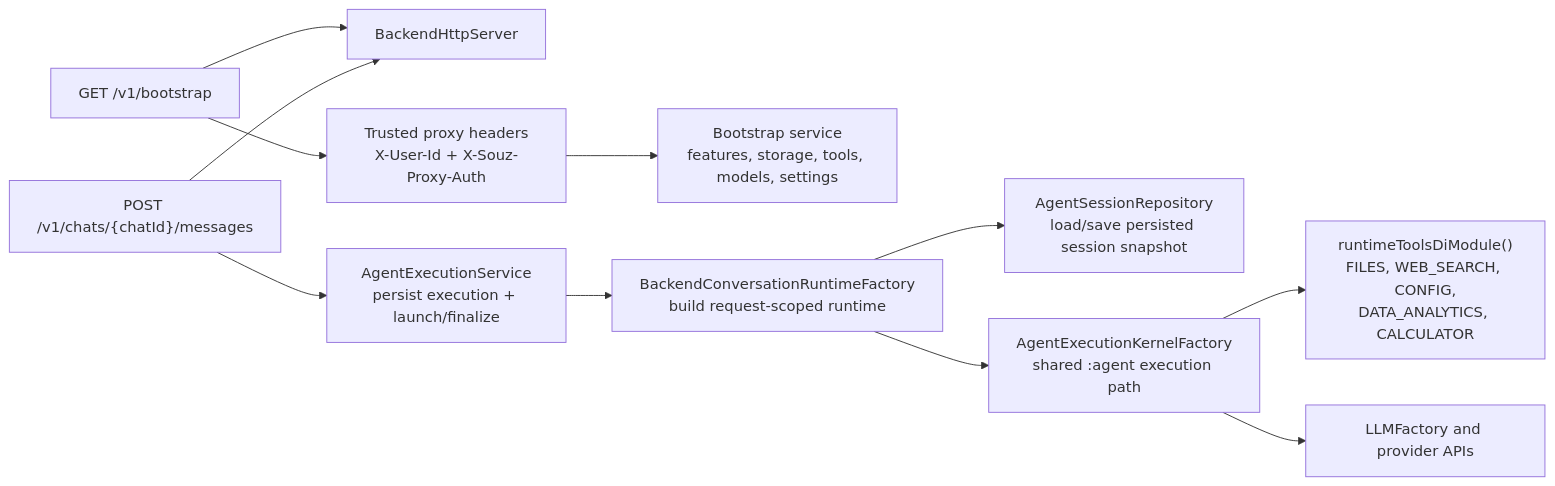
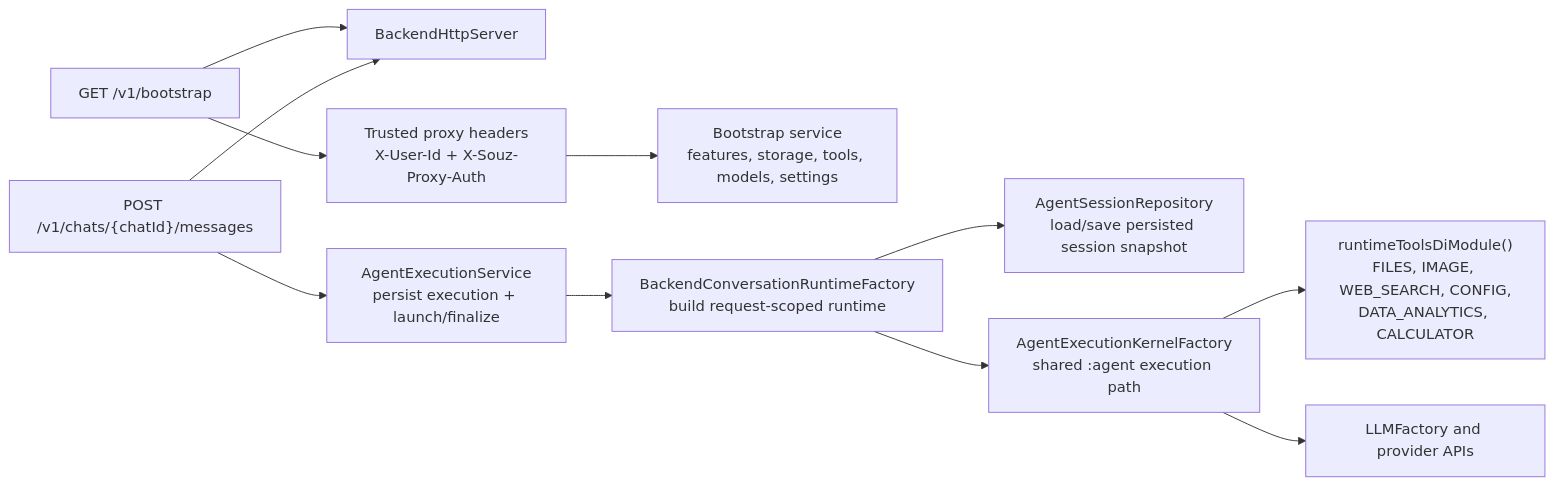
Before and after one commit to D00mch/souz: the diagram in AGENTS.md, drawn with Mermaid. The commit also changed other lines of this file and 42 other files, not shown here.

First line of the commit message:
Added image tools (#547)

````diff
--- a/AGENTS.md
+++ b/AGENTS.md
@@ -68,13 +69,13 @@
 ```mermaid
 flowchart LR
     bootstrap["GET /v1/bootstrap"] --> http["BackendHttpServer"]
     messages["POST /v1/chats/{chatId}/messages"] --> http
     bootstrap --> security["Trusted proxy headers\nX-User-Id + X-Souz-Proxy-Auth"]
     security --> meta["Bootstrap service\nfeatures, storage, tools, models, settings"]
     messages --> execution["AgentExecutionService\npersist execution + launch/finalize"]
     execution --> runtime["BackendConversationRuntimeFactory\nbuild request-scoped runtime"]
     runtime --> repo["AgentSessionRepository\nload/save persisted session snapshot"]
     runtime --> kernel["AgentExecutionKernelFactory\nshared :agent execution path"]
-    kernel --> tools["runtimeToolsDiModule()\nFILES, WEB_SEARCH, CONFIG,\nDATA_ANALYTICS, CALCULATOR"]
+    kernel --> tools["runtimeToolsDiModule()\nFILES, IMAGE, WEB_SEARCH, CONFIG,\nDATA_ANALYTICS, CALCULATOR"]
     kernel --> llm["LLMFactory and provider APIs"]
 ```
````
